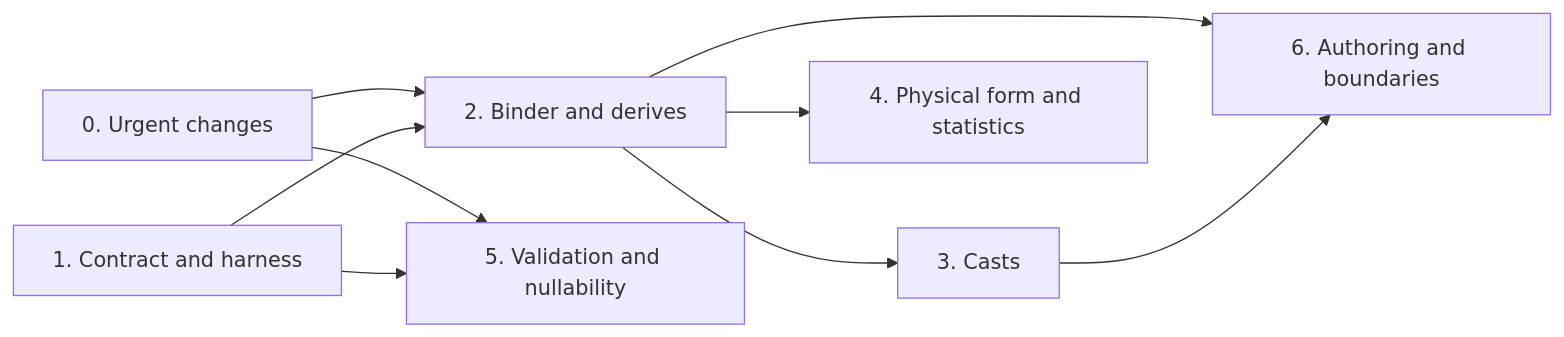
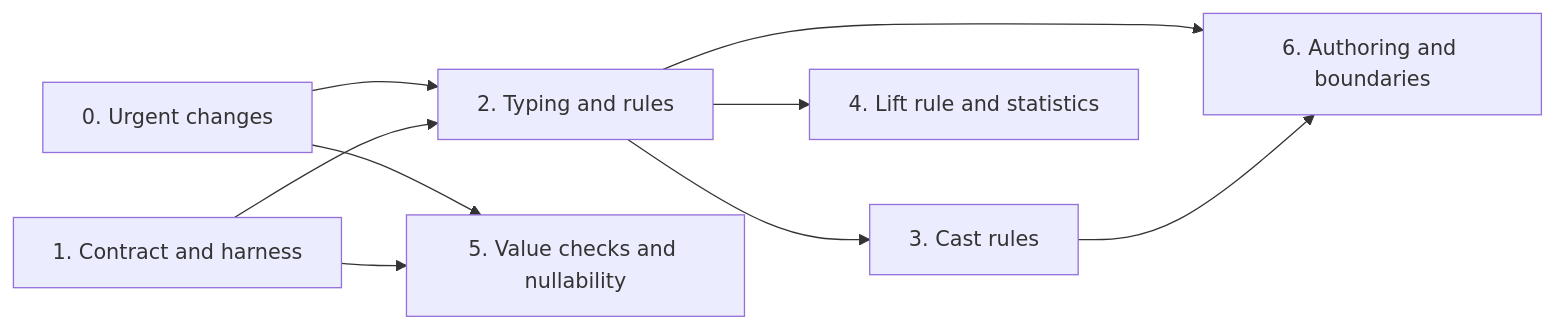
One commit to vortex-data/vortex changed the diagram in research/extension-types/05-implementation.md. Above: the diagram before and after it, drawn with Mermaid. The commit also changed other lines of this file and 13 other files, not shown here.

````diff
--- a/research/extension-types/05-implementation.md
+++ b/research/extension-types/05-implementation.md
@@ -20,11 +22,11 @@
 ```mermaid
 flowchart LR
-    P0["0. Urgent changes"] --> P2["2. Binder and derives"]
+    P0["0. Urgent changes"] --> P2["2. Typing and rules"]
     P1["1. Contract and harness"] --> P2
-    P2 --> P3["3. Casts"]
-    P2 --> P4["4. Physical form and statistics"]
-    P0 --> P5["5. Validation and nullability"]
+    P2 --> P3["3. Cast rules"]
+    P2 --> P4["4. Lift rule and statistics"]
+    P0 --> P5["5. Value checks and nullability"]
     P1 --> P5
     P2 --> P6["6. Authoring and boundaries"]
     P3 --> P6
 ```
````
